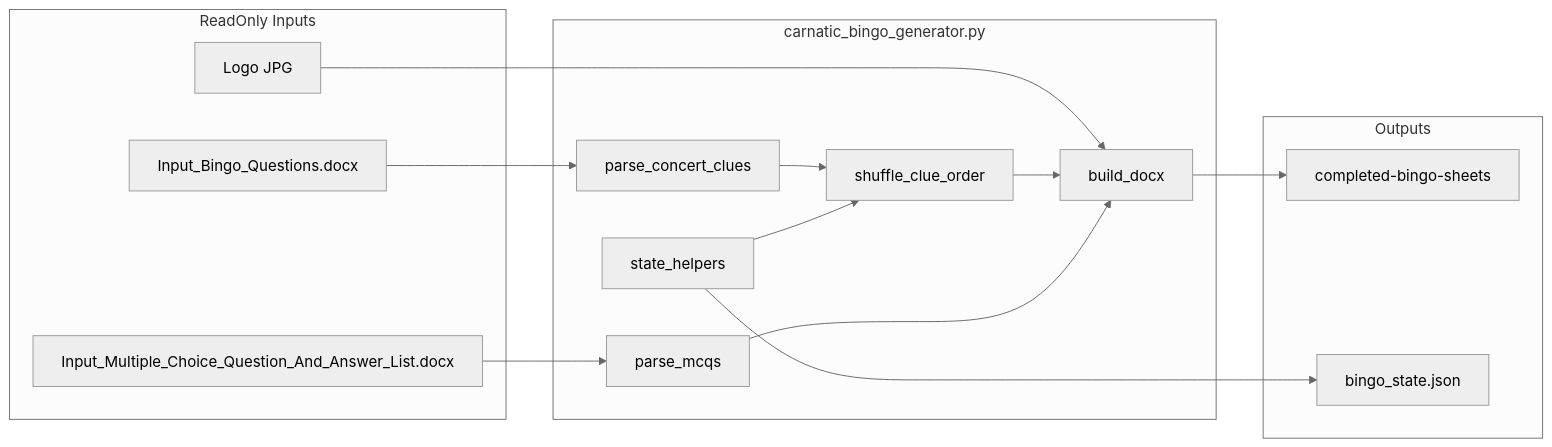
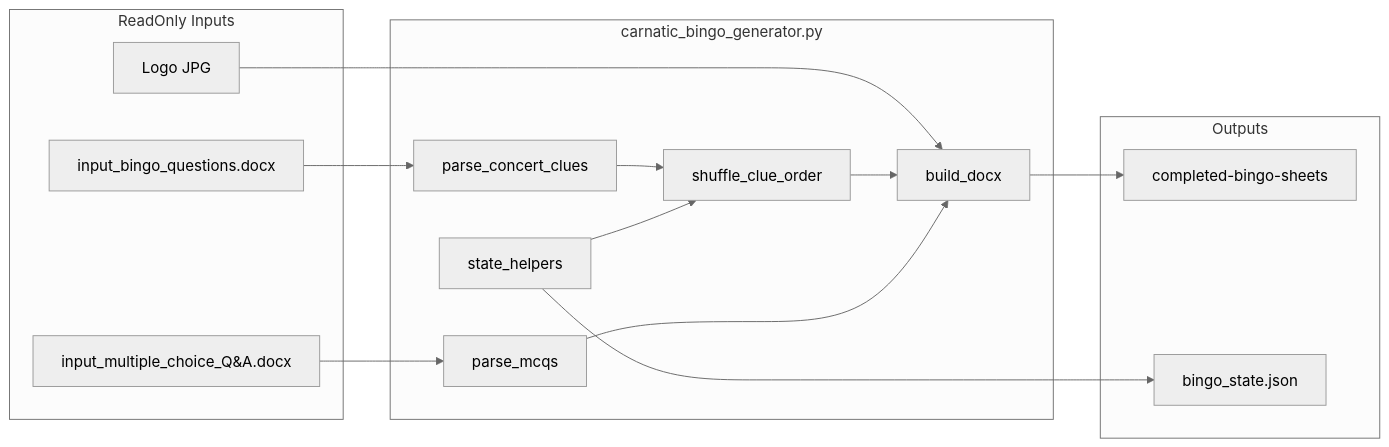
Before and after one commit to ashleysfrasied/Joy-of-Music-Projects: the diagram in bingo-generator/docs/specs/001-carnatic-bingo-generator/plan.md, drawn with Mermaid (neutral theme). The commit also changed other lines of this file and 10 other files, not shown here.

First line of the commit message:
Rename bingo-generator input files to lowercase convention.

````diff
--- a/bingo-generator/docs/specs/001-carnatic-bingo-generator/plan.md
+++ b/bingo-generator/docs/specs/001-carnatic-bingo-generator/plan.md
@@ -36,28 +36,28 @@
 ```mermaid
 flowchart LR
   subgraph inputs [ReadOnly Inputs]
-    CL[Input_Bingo_Questions.docx]
-    MQ[Input_Multiple_Choice_Question_And_Answer_List.docx]
+    CL[input_bingo_questions.docx]
+    MQ[input_multiple_choice_Q&A.docx]
     LG[Logo JPG]
   end
   subgraph core [carnatic_bingo_generator.py]
     P1[parse_concert_clues]
     P2[parse_mcqs]
     ST[state_helpers]
     SH[shuffle_clue_order]
     BD[build_docx]
   end
   subgraph outputs [Outputs]
     OUT[completed-bingo-sheets]
     STATE[bingo_state.json]
   end
   CL --> P1
   MQ --> P2
   ST --> SH
   P1 --> SH
   P2 --> BD
   SH --> BD
   LG --> BD
   BD --> OUT
   ST --> STATE
 ```
````
